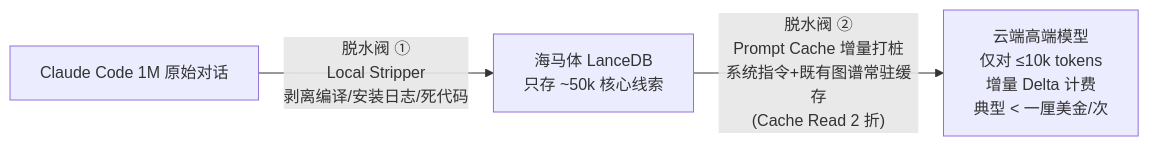
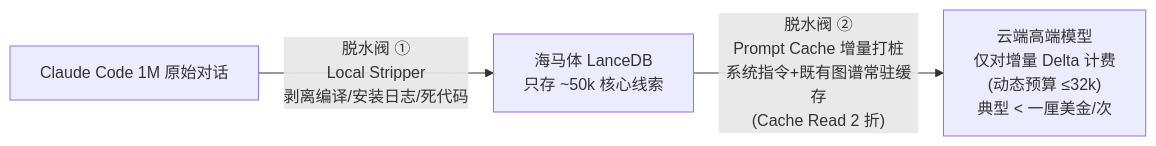
One commit to MnemoSeed/mnemoseed changed the fourth of 5 diagrams in docs/design/02-梦境引擎.md. Above: the diagram before and after it, drawn with Mermaid. The commit also changed other lines of this file and 4 other files, not shown here.

First line of the commit message:
docs: dynamic delta budget (clamp pending tokens 5k-32k) + monthly token ledger

````diff
--- a/docs/design/02-梦境引擎.md
+++ b/docs/design/02-梦境引擎.md
@@ -111,5 +111,5 @@
 ```mermaid
 flowchart LR
     A["Claude Code 1M 原始对话"] -->|"脱水阀 ①<br/>Local Stripper<br/>剥离编译/安装日志/死代码"| B["海马体 LanceDB<br/>只存 ~50k 核心线索"]
-    B -->|"脱水阀 ②<br/>Prompt Cache 增量打桩<br/>系统指令+既有图谱常驻缓存<br/>(Cache Read 2 折)"| C["云端高端模型<br/>仅对 ≤10k tokens<br/>增量 Delta 计费<br/>典型 < 一厘美金/次"]
+    B -->|"脱水阀 ②<br/>Prompt Cache 增量打桩<br/>系统指令+既有图谱常驻缓存<br/>(Cache Read 2 折)"| C["云端高端模型<br/>仅对增量 Delta 计费<br/>(动态预算 ≤32k)<br/>典型 < 一厘美金/次"]
 ```
````
